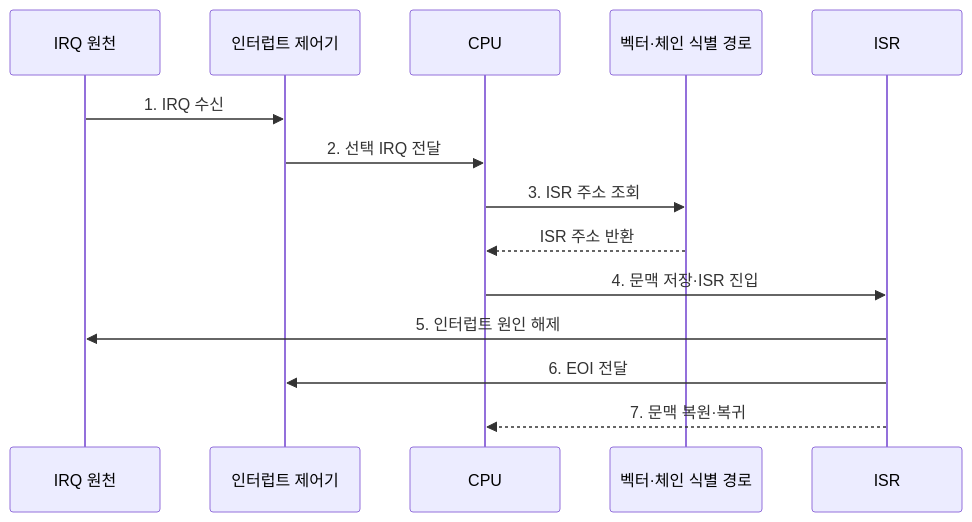
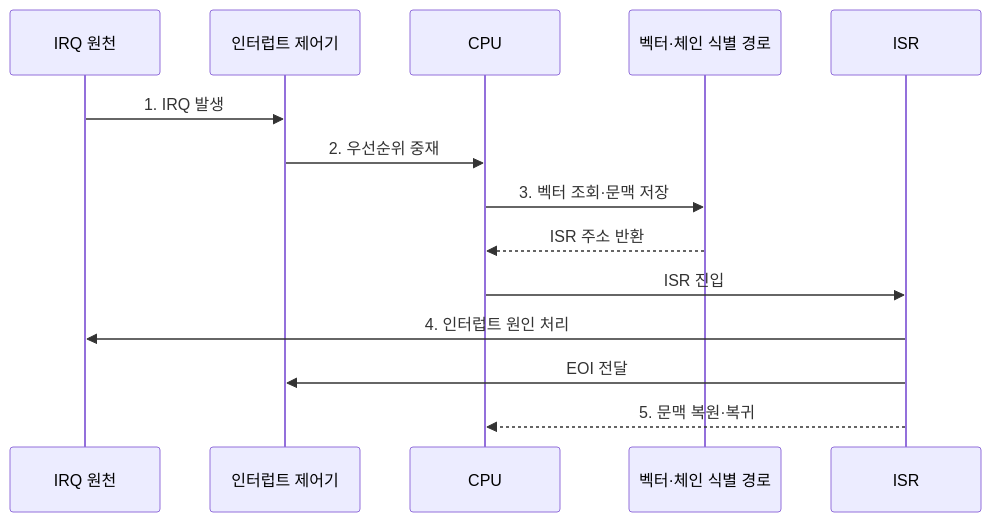
Before and after one commit to agnusdei1207/knowledge-base: the second of 2 diagrams in src/content/docs/notes/02-hardware/034_interrupt_handling.md, drawn with Mermaid. The commit also changed other lines of this file and 86 other files, not shown here.

````diff
--- a/src/content/docs/notes/02-hardware/034_interrupt_handling.md
+++ b/src/content/docs/notes/02-hardware/034_interrupt_handling.md
@@ -86,16 +86,16 @@
 ```mermaid
 sequenceDiagram
     participant D as IRQ 원천
     participant C as 인터럽트 제어기
     participant P as CPU
     participant V as 벡터·체인 식별 경로
     participant I as ISR
-    D->>C: 1. IRQ 수신
-    C->>P: 2. 선택 IRQ 전달
-    P->>V: 3. ISR 주소 조회
+    D->>C: 1. IRQ 발생
+    C->>P: 2. 우선순위 중재
+    P->>V: 3. 벡터 조회·문맥 저장
     V-->>P: ISR 주소 반환
-    P->>I: 4. 문맥 저장·ISR 진입
-    I->>D: 5. 인터럽트 원인 해제
-    I->>C: 6. EOI 전달
-    I-->>P: 7. 문맥 복원·복귀
+    P->>I: ISR 진입
+    I->>D: 4. 인터럽트 원인 처리
+    I->>C: EOI 전달
+    I-->>P: 5. 문맥 복원·복귀
 ```
````
